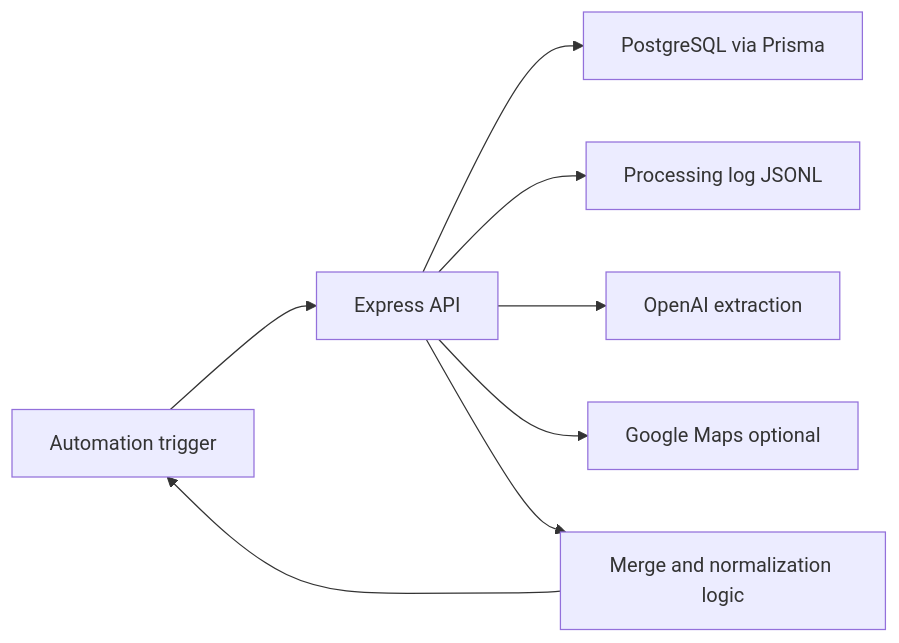
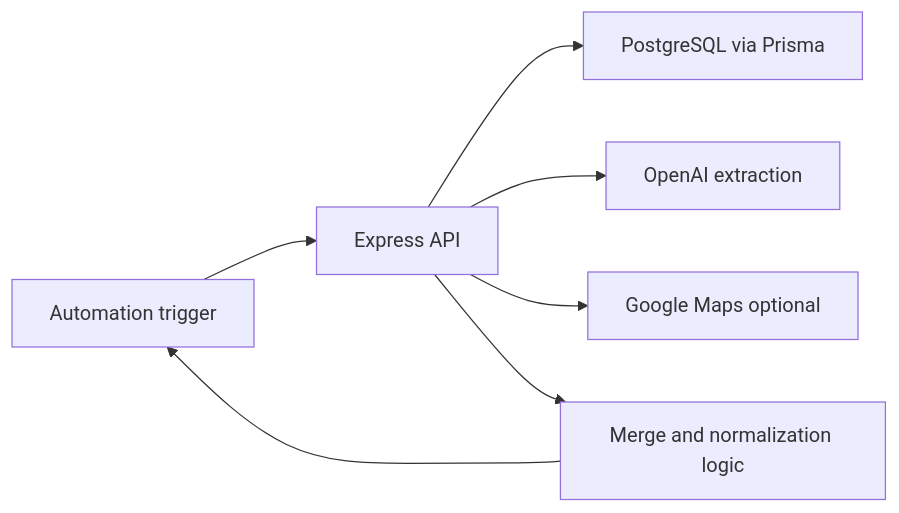
The first of 2 diagrams in docs/ARCHITECTURE.md (Seamus93/Astebook), drawn with Mermaid before and after one commit. The commit also changed other lines of this file and 8 other files, not shown here.

````diff
--- a/docs/ARCHITECTURE.md
+++ b/docs/ARCHITECTURE.md
@@ -5,10 +5,9 @@
 ```mermaid
 flowchart LR
   Client[Automation trigger] --> API[Express API]
   API --> DB[PostgreSQL via Prisma]
-  API --> Log[Processing log JSONL]
   API --> AI[OpenAI extraction]
   API --> Maps[Google Maps optional]
   API --> Merge[Merge and normalization logic]
   Merge --> Client
 ```
````
